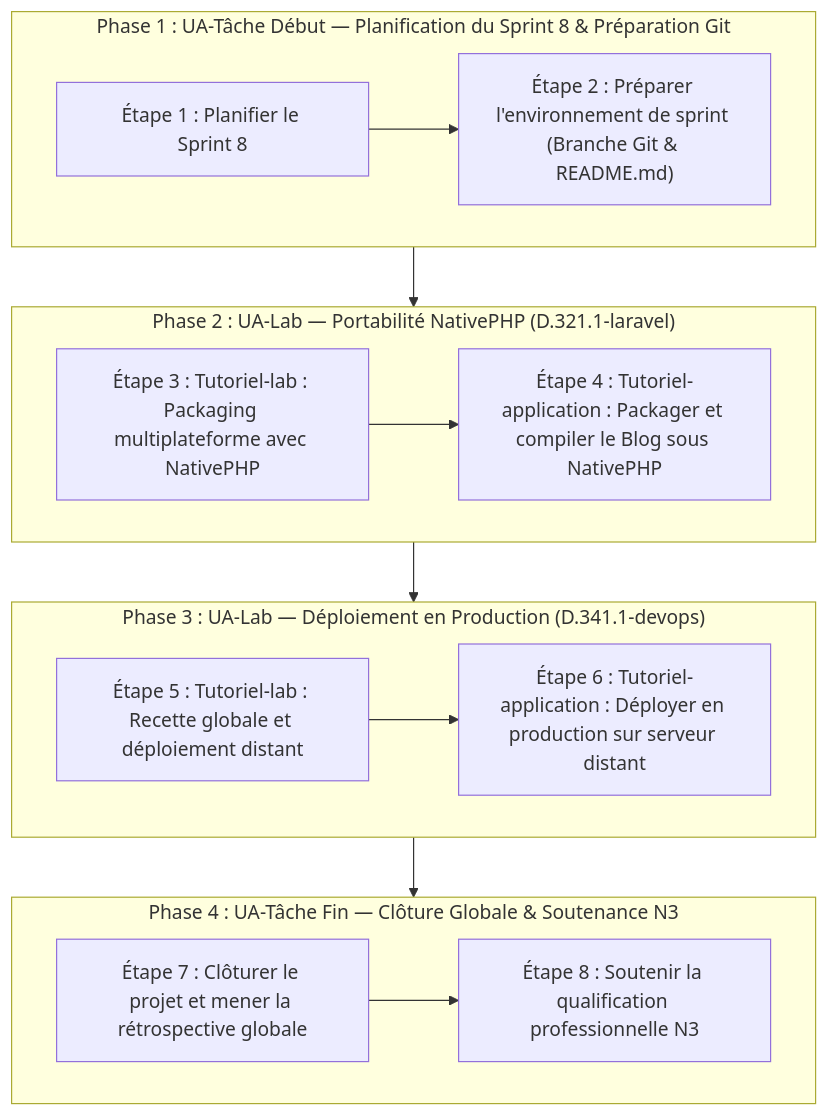
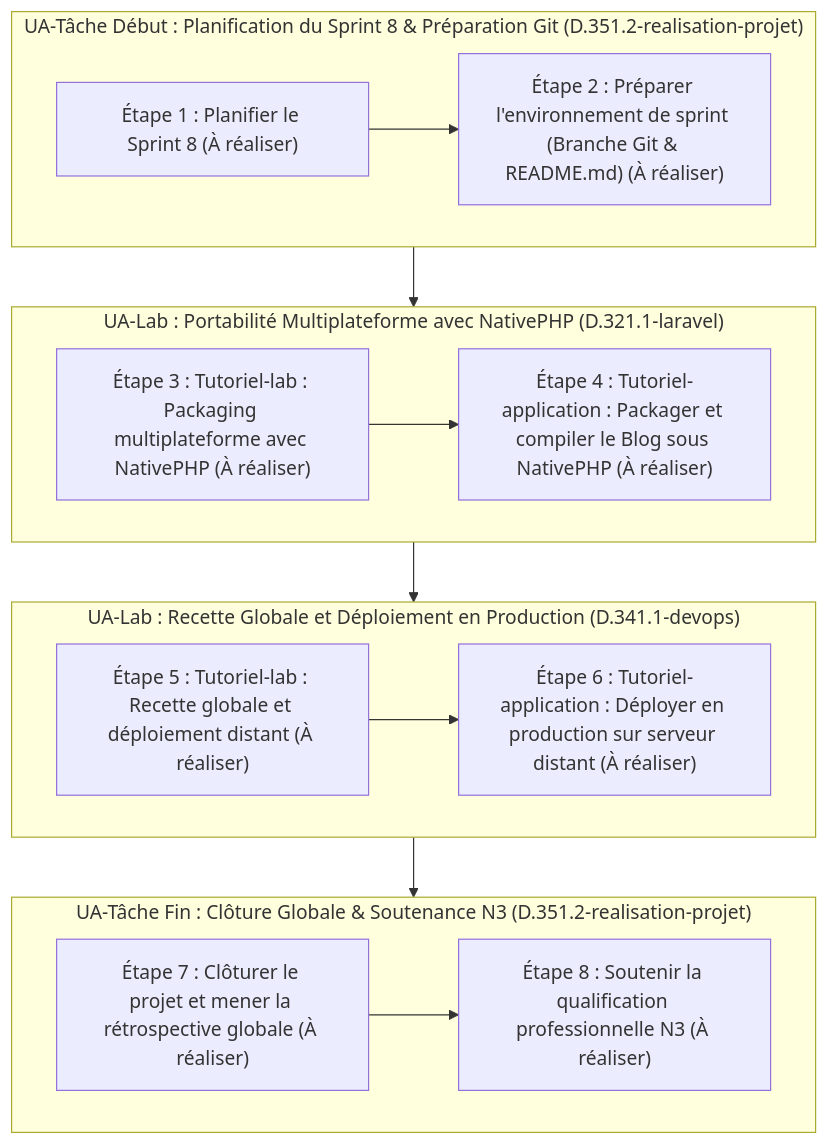
Before and after one commit to labs-web/projet-imiation-n3: the diagram in flux-travail/sessions/flux-travail-s8.md, drawn with Mermaid. The commit also changed other lines of this file and 8 other files, not shown here.

````diff
--- a/flux-travail/sessions/flux-travail-s8.md
+++ b/flux-travail/sessions/flux-travail-s8.md
@@ -55,28 +65,28 @@
 ```mermaid
 flowchart TD
-    subgraph P1 ["Phase 1 : UA-Tâche Début — Planification du Sprint 8 & Préparation Git"]
-        E1["Étape 1 : Planifier le Sprint 8"]
-        E2["Étape 2 : Préparer l'environnement de sprint (Branche Git & README.md)"]
+    subgraph UA1 ["UA-Tâche Début : Planification du Sprint 8 & Préparation Git (D.351.2-realisation-projet)"]
+        E1["Étape 1 : Planifier le Sprint 8 (À réaliser)"]
+        E2["Étape 2 : Préparer l'environnement de sprint (Branche Git & README.md) (À réaliser)"]
         E1 --> E2
     end
 
-    subgraph P2 ["Phase 2 : UA-Lab — Portabilité NativePHP (D.321.1-laravel)"]
-        E3["Étape 3 : Tutoriel-lab : Packaging multiplateforme avec NativePHP"]
-        E4["Étape 4 : Tutoriel-application : Packager et compiler le Blog sous NativePHP"]
+    subgraph UA2 ["UA-Lab : Portabilité Multiplateforme avec NativePHP (D.321.1-laravel)"]
+        E3["Étape 3 : Tutoriel-lab : Packaging multiplateforme avec NativePHP (À réaliser)"]
+        E4["Étape 4 : Tutoriel-application : Packager et compiler le Blog sous NativePHP (À réaliser)"]
         E3 --> E4
     end
 
-    subgraph P3 ["Phase 3 : UA-Lab — Déploiement en Production (D.341.1-devops)"]
-        E5["Étape 5 : Tutoriel-lab : Recette globale et déploiement distant"]
-        E6["Étape 6 : Tutoriel-application : Déployer en production sur serveur distant"]
+    subgraph UA3 ["UA-Lab : Recette Globale et Déploiement en Production (D.341.1-devops)"]
+        E5["Étape 5 : Tutoriel-lab : Recette globale et déploiement distant (À réaliser)"]
+        E6["Étape 6 : Tutoriel-application : Déployer en production sur serveur distant (À réaliser)"]
         E5 --> E6
     end
 
-    subgraph P4 ["Phase 4 : UA-Tâche Fin — Clôture Globale & Soutenance N3"]
-        E7["Étape 7 : Clôturer le projet et mener la rétrospective globale"]
-        E8["Étape 8 : Soutenir la qualification professionnelle N3"]
+    subgraph UA4 ["UA-Tâche Fin : Clôture Globale & Soutenance N3 (D.351.2-realisation-projet)"]
+        E7["Étape 7 : Clôturer le projet et mener la rétrospective globale (À réaliser)"]
+        E8["Étape 8 : Soutenir la qualification professionnelle N3 (À réaliser)"]
         E7 --> E8
     end
 
-    P1 --> P2 --> P3 --> P4
+    UA1 --> UA2 --> UA3 --> UA4
 ```
````
